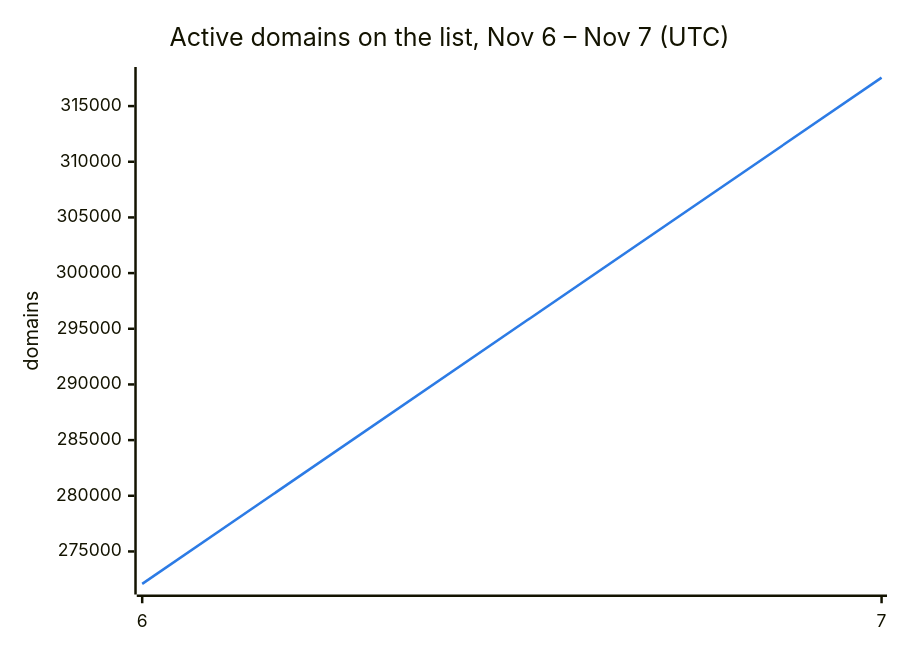
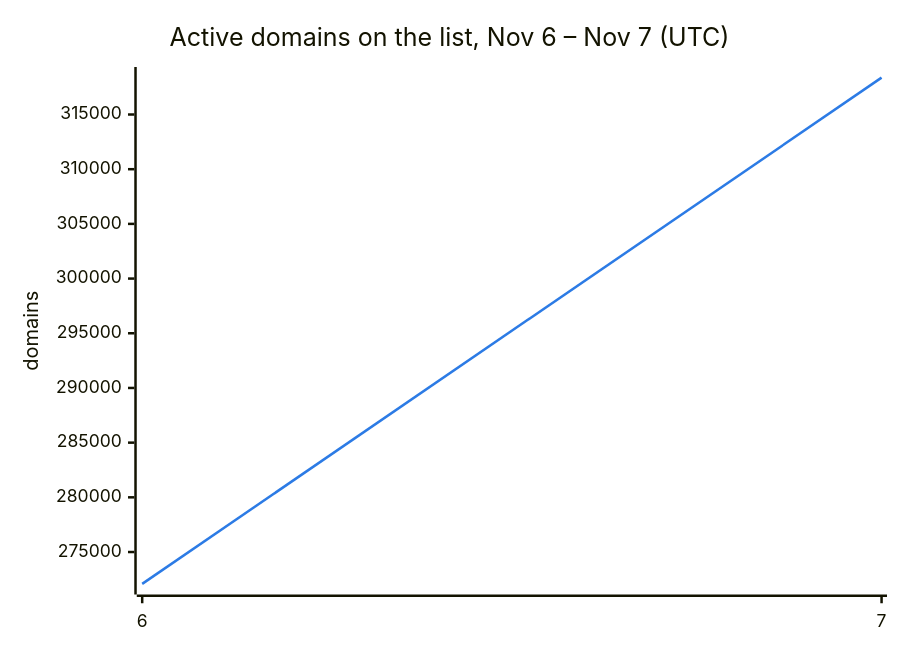
One commit to DNSBunker/CTI changed the second of 3 diagrams in README.md. Above: the diagram before and after it, drawn with Mermaid. The commit also changed other lines of this file and 3 other files, not shown here.

````diff
--- a/README.md
+++ b/README.md
@@ -38,8 +38,8 @@
 ```mermaid
 %%{init: {"themeVariables": {"xyChart": {"plotColorPalette": "#2c7be5"}}}}%%
 xychart-beta
     title "Active domains on the list, Nov 6 – Nov 7 (UTC)"
     x-axis ["6", "7"]
     y-axis "domains"
-    line [272088, 317556]
+    line [272088, 318372]
 ```
````
